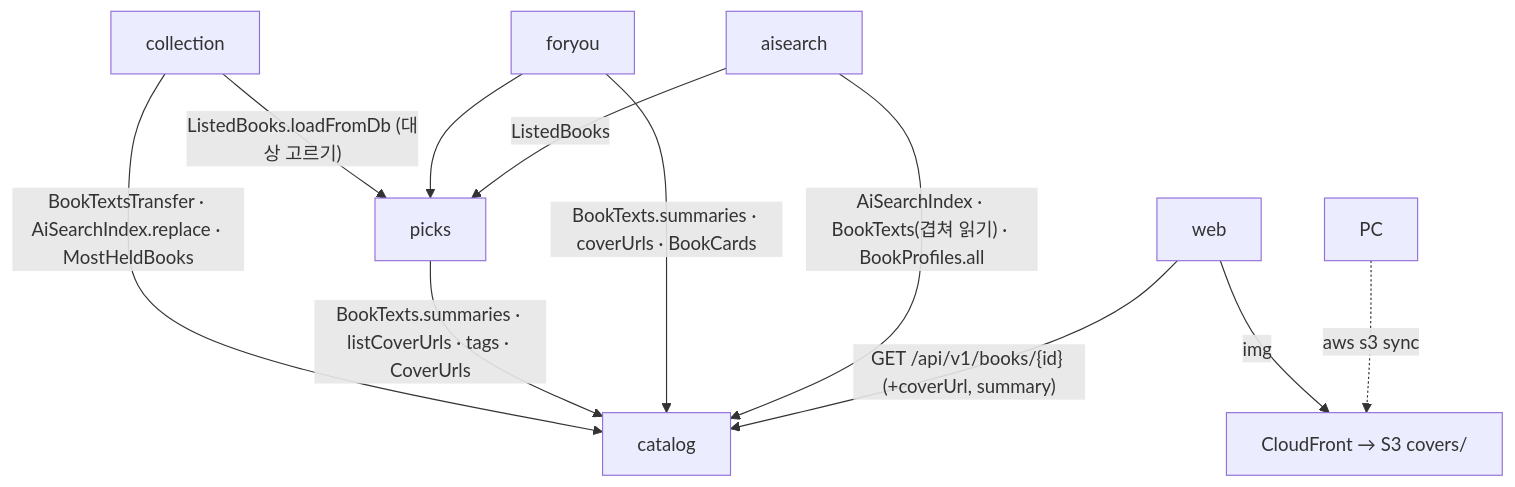
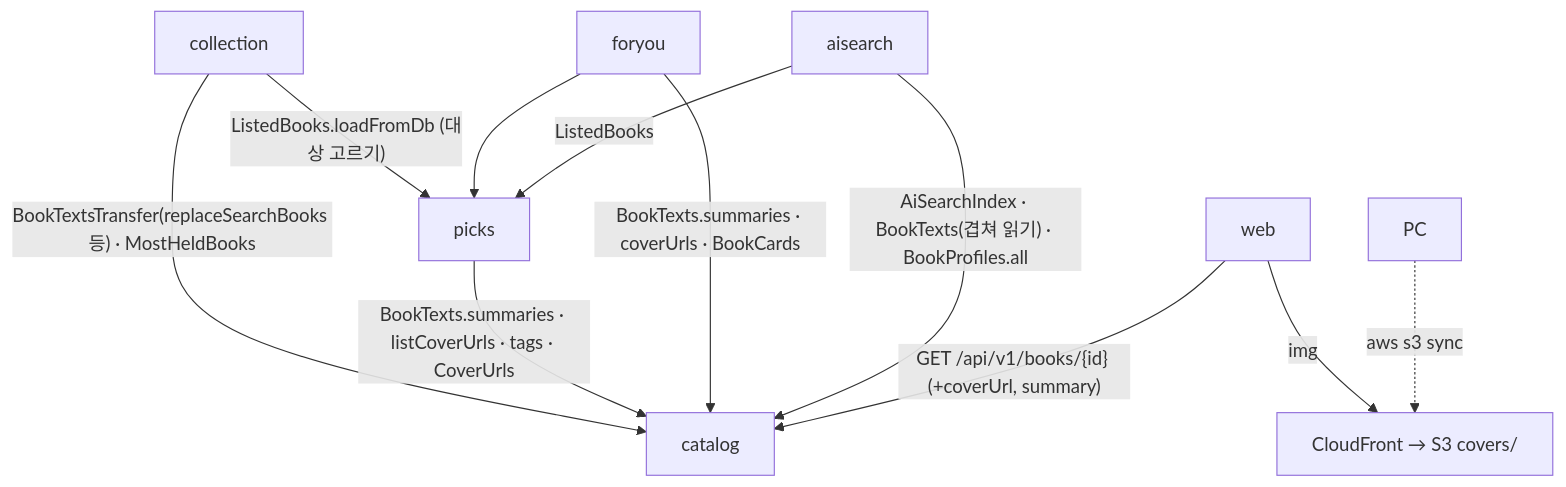
The first of 6 diagrams in docs/cycles/26-book-descriptions/design-delta.md (hodu-sketch/chaekcheck-plan), drawn with Mermaid before and after one commit. The commit also changed other lines of this file and 6 other files, not shown here.

````diff
--- a/docs/cycles/26-book-descriptions/design-delta.md
+++ b/docs/cycles/26-book-descriptions/design-delta.md
@@ -10,13 +10,13 @@
 ```mermaid
 flowchart TB
-  collection -->|"BookTextsTransfer · AiSearchIndex.replace · MostHeldBooks"| catalog
+  collection -->|"BookTextsTransfer(replaceSearchBooks 등) · MostHeldBooks"| catalog
   collection -->|"ListedBooks.loadFromDb (대상 고르기)"| picks
   picks -->|"BookTexts.summaries · listCoverUrls · tags · CoverUrls"| catalog
   foryou -->|"BookTexts.summaries · coverUrls · BookCards"| catalog
   foryou --> picks
   aisearch -->|"AiSearchIndex · BookTexts(겹쳐 읽기) · BookProfiles.all"| catalog
   aisearch -->|"ListedBooks"| picks
   web -->|"GET /api/v1/books/{id} (+coverUrl, summary)"| catalog
   web -->|"img"| CF["CloudFront → S3 covers/"]
   PC -.->|"aws s3 sync"| CF
 ```
````
